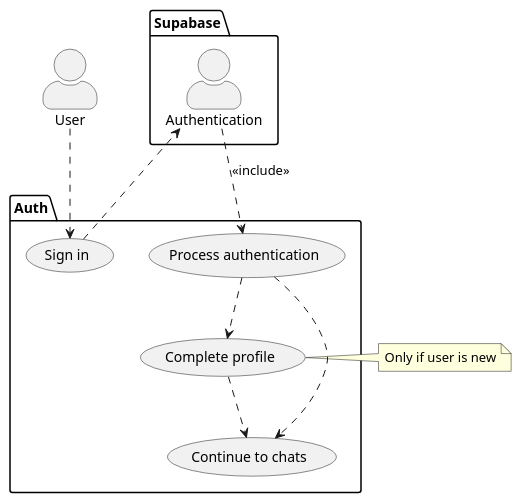
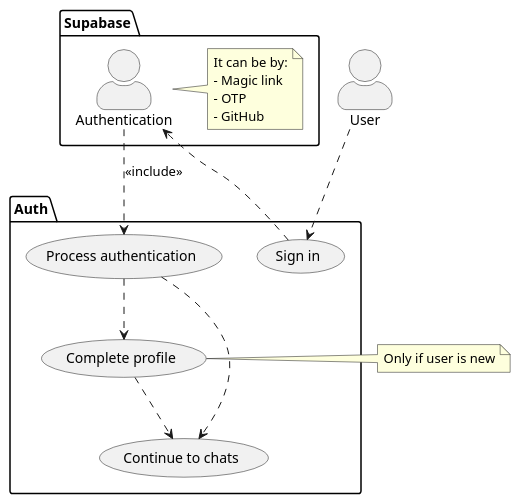
Before and after one commit to vuedev2113/NuxtChatApp: the diagram in docs/uml/sign_in_use_case.puml, drawn with PlantUML.

Commit message:
docs: add notes with auth providers to sign in use case

```diff
--- a/docs/uml/sign_in_use_case.puml
+++ b/docs/uml/sign_in_use_case.puml
@@ -1,29 +1,36 @@
 @startuml use_case
 
 skinparam ActorStyle awesome
 
 actor User
 
 package Supabase {
     actor Authentication as supa_auth
+
+    note right of supa_auth
+        It can be by:
+        - Magic link
+        - OTP
+        - GitHub
+    end note
 }
 
 package "Auth" {
     usecase "Sign in" as sign_in
     usecase "Process authentication" as auth
     usecase "Complete profile" as complete_profile
     usecase "Continue to chats" as continue_to_chats
 }
 
 note right of complete_profile
     Only if user is new
 end note
 
 User ..> sign_in
 sign_in ..> supa_auth
 supa_auth ..> auth : <<include>>
 complete_profile ..> continue_to_chats
 auth ..> complete_profile
 auth ..> continue_to_chats
 
 @enduml
```
